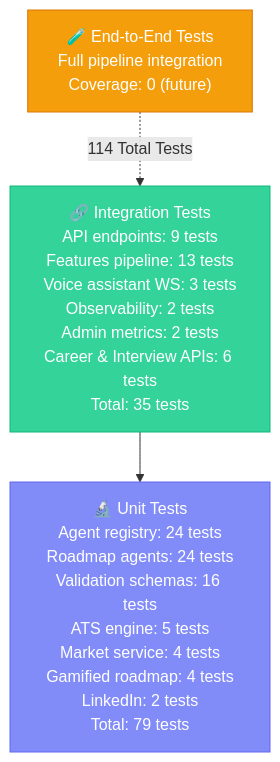
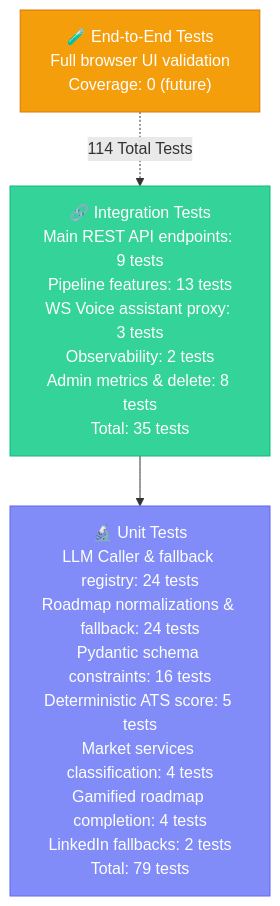
Before and after one commit to Anil-Pradhan-web/ai-career-mentor: diagram 30 of 33 in documentation/ARCHITECTURE.md, drawn with Mermaid. The commit also changed other lines of this file and 3 other files, not shown here.

First line of the commit message:
docs: update all documentation — ARCHITECTURE, SYSTEM, API, DOCKER_GUIDE verified against codebase

````diff
--- a/documentation/ARCHITECTURE.md
+++ b/documentation/ARCHITECTURE.md
@@ -1942,18 +2041,18 @@
 ```mermaid
 graph TB
     classDef unit fill:#818cf8,color:#fff,stroke:#6366f1
     classDef integ fill:#34d399,color:#fff,stroke:#10b981
     classDef e2e fill:#f59e0b,color:#fff,stroke:#d97706
 
-    E2E["🧪 End-to-End Tests<br/>Full pipeline integration<br/>Coverage: 0 (future)"]
+    E2E["🧪 End-to-End Tests<br/>Full browser UI validation<br/>Coverage: 0 (future)"]
     
-    INTEG["🔗 Integration Tests<br/>API endpoints: 9 tests<br/>Features pipeline: 13 tests<br/>Voice assistant WS: 3 tests<br/>Observability: 2 tests<br/>Admin metrics: 2 tests<br/>Career & Interview APIs: 6 tests<br/>Total: 35 tests"]
+    INTEG["🔗 Integration Tests<br/>Main REST API endpoints: 9 tests<br/>Pipeline features: 13 tests<br/>WS Voice assistant proxy: 3 tests<br/>Observability: 2 tests<br/>Admin metrics & delete: 8 tests<br/>Total: 35 tests"]
     
-    UNIT["🔬 Unit Tests<br/>Agent registry: 24 tests<br/>Roadmap agents: 24 tests<br/>Validation schemas: 16 tests<br/>ATS engine: 5 tests<br/>Market service: 4 tests<br/>Gamified roadmap: 4 tests<br/>LinkedIn: 2 tests<br/>Total: 79 tests"]
+    UNIT["🔬 Unit Tests<br/>LLM Caller & fallback registry: 24 tests<br/>Roadmap normalizations & fallback: 24 tests<br/>Pydantic schema constraints: 16 tests<br/>Deterministic ATS score: 5 tests<br/>Market services classification: 4 tests<br/>Gamified roadmap completion: 4 tests<br/>LinkedIn fallbacks: 2 tests<br/>Total: 79 tests"]
 
     E2E -.->|"114 Total Tests"| INTEG --> UNIT
-
+ 
     class UNIT unit
     class INTEG integ
     class E2E e2e
 ```
````
